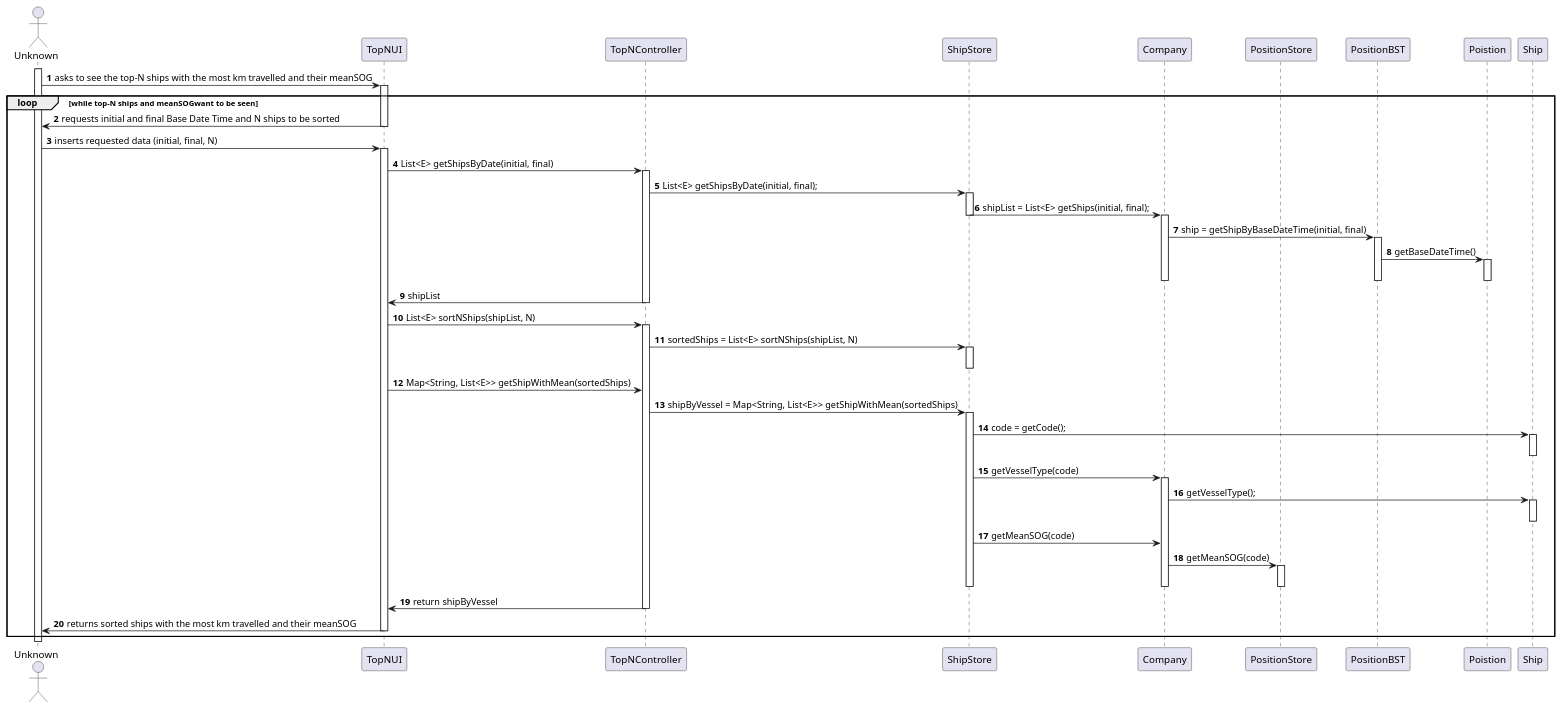
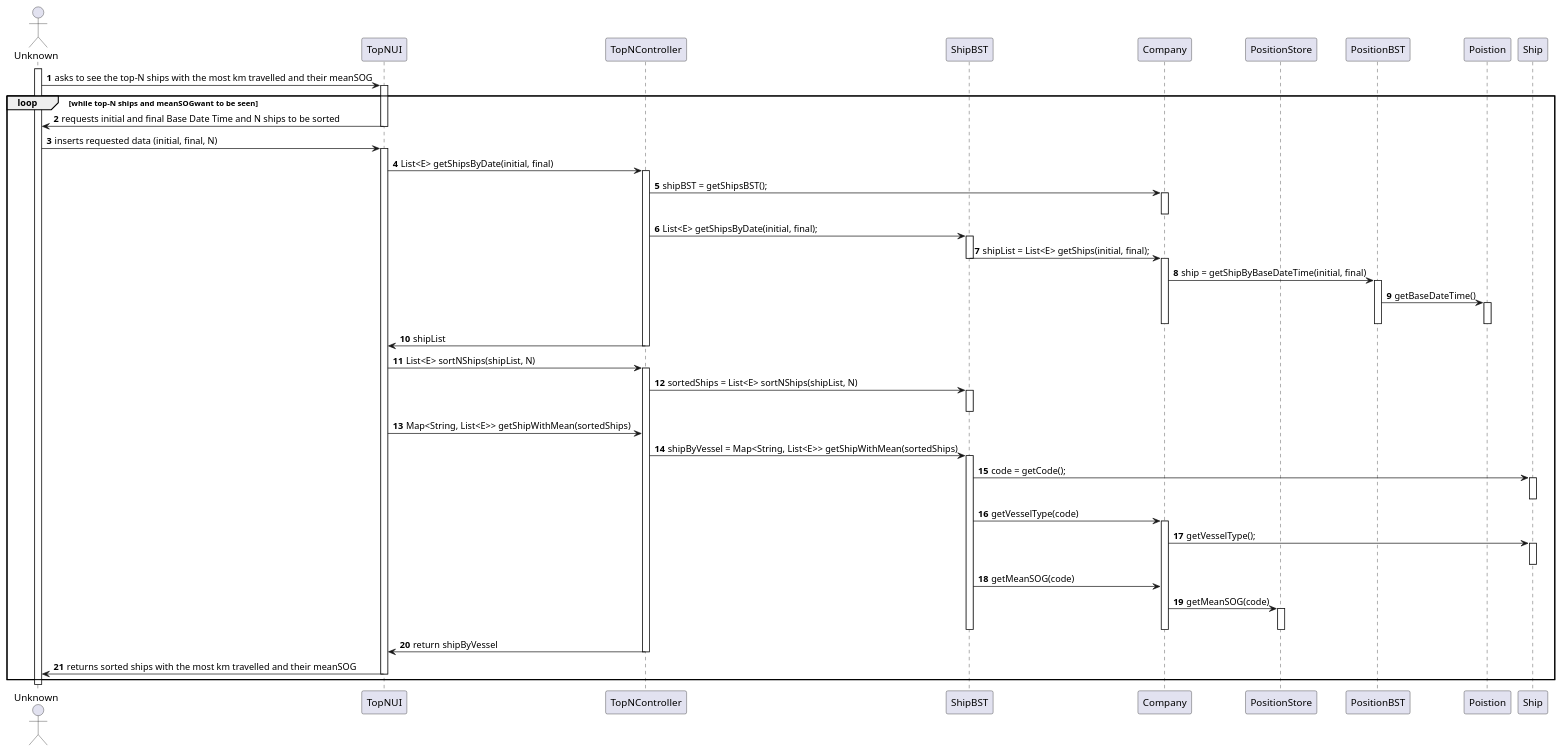
One commit to ana-albergaria/LAPR3-ISEP changed the diagram in docs/US106/US106_SD.puml. Above: the diagram before and after it, drawn with PlantUML. The commit also changed 5 other files, not shown here.

```diff
--- a/docs/US106/US106_SD.puml
+++ b/docs/US106/US106_SD.puml
@@ -1,70 +1,73 @@
 @startuml
 autonumber
 'hide footbox
 actor "Unknown" as ADM
 
 participant "TopNUI" as UI
 participant "TopNController" as CTRL
-participant "ShipStore" as STORE
+participant "ShipBST" as STORE
 participant "Company" as COMP
 participant "PositionStore" as POSITION
 participant "PositionBST" as BST
 participant "Poistion" as POS
 participant "Ship" as SHIP
 
 
 activate ADM
 ADM -> UI : asks to see the top-N ships with the most km travelled and their meanSOG
 activate UI
 loop while top-N ships and meanSOGwant to be seen
 UI -> ADM : requests initial and final Base Date Time and N ships to be sorted
 deactivate UI
 
 ADM -> UI : inserts requested data (initial, final, N)
 activate UI
 UI -> CTRL : List<E> getShipsByDate(initial, final)
 activate CTRL
+CTRL -> COMP : shipBST = getShipsBST();
+activate COMP
+deactivate COMP
 CTRL -> STORE : List<E> getShipsByDate(initial, final);
 activate STORE
 STORE -> COMP : shipList = List<E> getShips(initial, final);
 deactivate STORE
 activate COMP
 COMP -> BST : ship = getShipByBaseDateTime(initial, final)
 activate BST
 BST -> POS : getBaseDateTime()
 activate POS
 deactivate POS
 deactivate BST
 deactivate COMP
 CTRL -> UI : shipList
 deactivate CTRL
 
 UI -> CTRL : List<E> sortNShips(shipList, N)
 activate CTRL
 CTRL -> STORE : sortedShips = List<E> sortNShips(shipList, N)
 activate STORE
 deactivate STORE
 UI -> CTRL : Map<String, List<E>> getShipWithMean(sortedShips)
 CTRL -> STORE : shipByVessel = Map<String, List<E>> getShipWithMean(sortedShips)
 activate STORE
 STORE -> SHIP : code = getCode();
 activate SHIP
 deactivate SHIP
 STORE -> COMP : getVesselType(code)
 activate COMP
 COMP -> SHIP : getVesselType();
 activate SHIP
 deactivate SHIP
 STORE -> COMP : getMeanSOG(code)
 COMP -> POSITION : getMeanSOG(code)
 activate POSITION
 deactivate POSITION
 deactivate COMP
 deactivate STORE
 CTRL -> UI : return shipByVessel
 deactivate CTRL
 UI -> ADM : returns sorted ships with the most km travelled and their meanSOG
 deactivate UI
 end
 deactivate ADM
 @enduml
```
